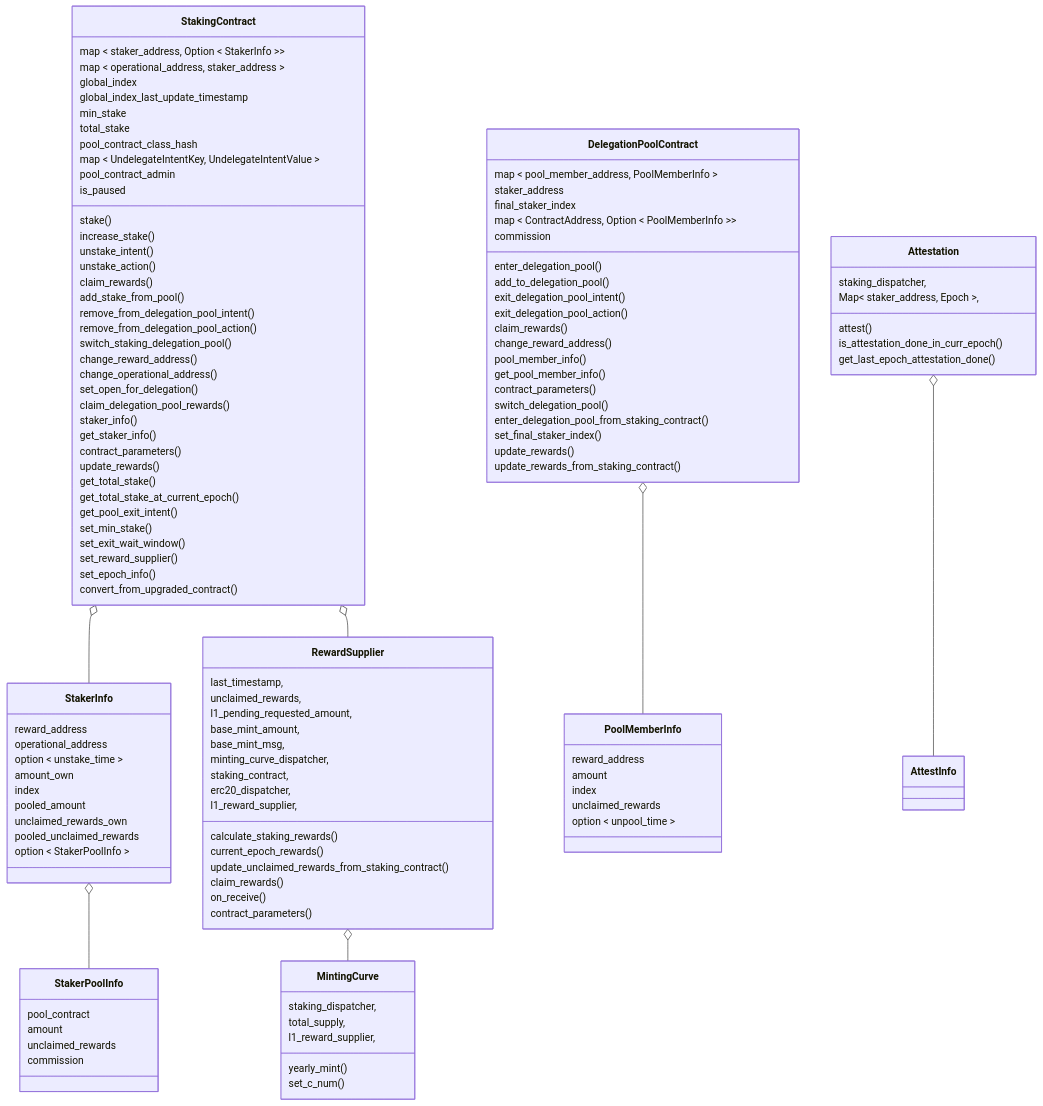
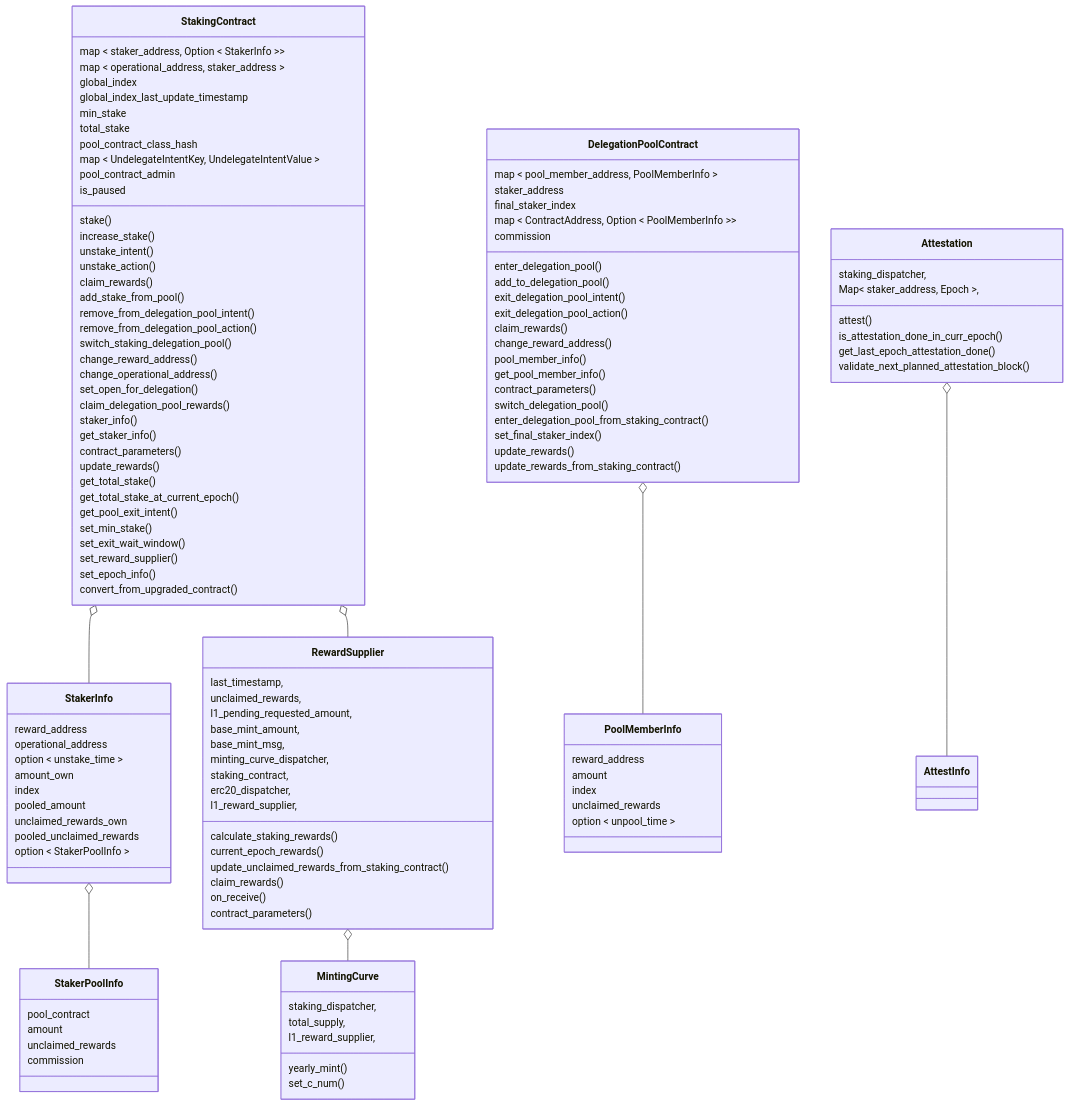
The first of 8 diagrams in workspace/apps/staking/docs/spec.md (starkware-libs/starknet-staking), drawn with Mermaid before and after one commit. The commit also changed other lines of this file and 4 other files, not shown here.

Commit message:
feat(staking): extract next attestation block to view function (#3340)

```diff
--- a/workspace/apps/staking/docs/spec.md
+++ b/workspace/apps/staking/docs/spec.md
@@ -301,6 +302,7 @@
     attest()
     is_attestation_done_in_curr_epoch()
     get_last_epoch_attestation_done()
+    validate_next_planned_attestation_block()
   }
   class AttestInfo{
   }
```
